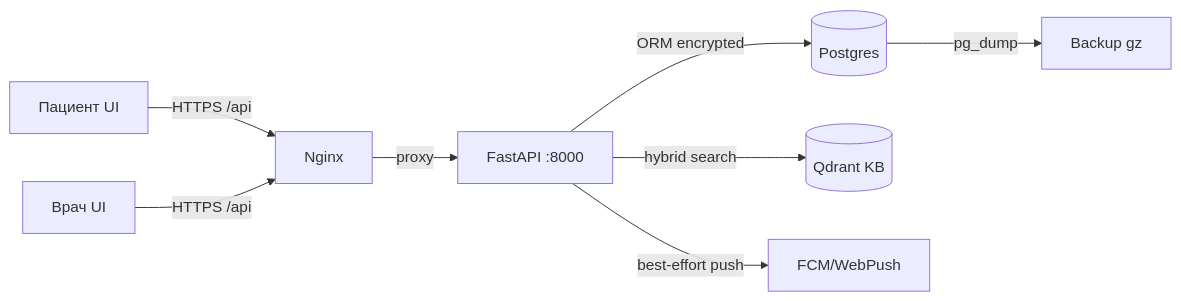
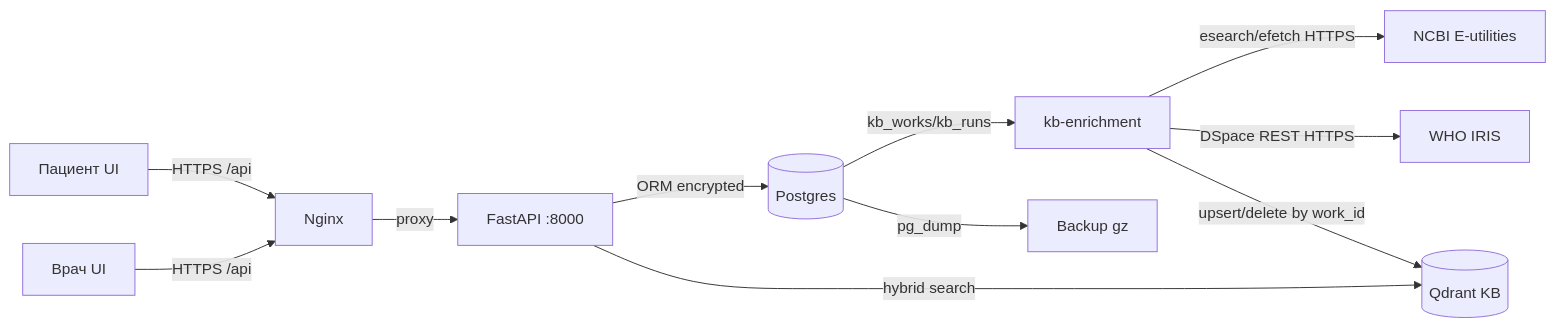
The diagram in docs/10-модель-угроз.md (Kiraprint/clinical-compass), drawn with Mermaid before and after one commit. The commit also changed other lines of this file and 8 other files, not shown here.

````diff
--- a/docs/10-модель-угроз.md
+++ b/docs/10-модель-угроз.md
@@ -45,10 +50,13 @@
 ```mermaid
 graph LR
   Patient[Пациент UI] -->|HTTPS /api| Nginx
   Doctor[Врач UI] -->|HTTPS /api| Nginx
   Nginx -->|proxy| API[FastAPI :8000]
   API -->|ORM encrypted| PG[(Postgres)]
   API -->|hybrid search| Qdrant[(Qdrant KB)]
-  API -->|best-effort push| FCM[FCM/WebPush]
+  ENR[kb-enrichment] -->|esearch/efetch HTTPS| NCBI[NCBI E-utilities]
+  ENR -->|DSpace REST HTTPS| IRIS[WHO IRIS]
+  ENR -->|upsert/delete by work_id| Qdrant
+  PG[(Postgres)] -->|kb_works/kb_runs| ENR
   PG -->|pg_dump| Backup[Backup gz]
 ```
````
